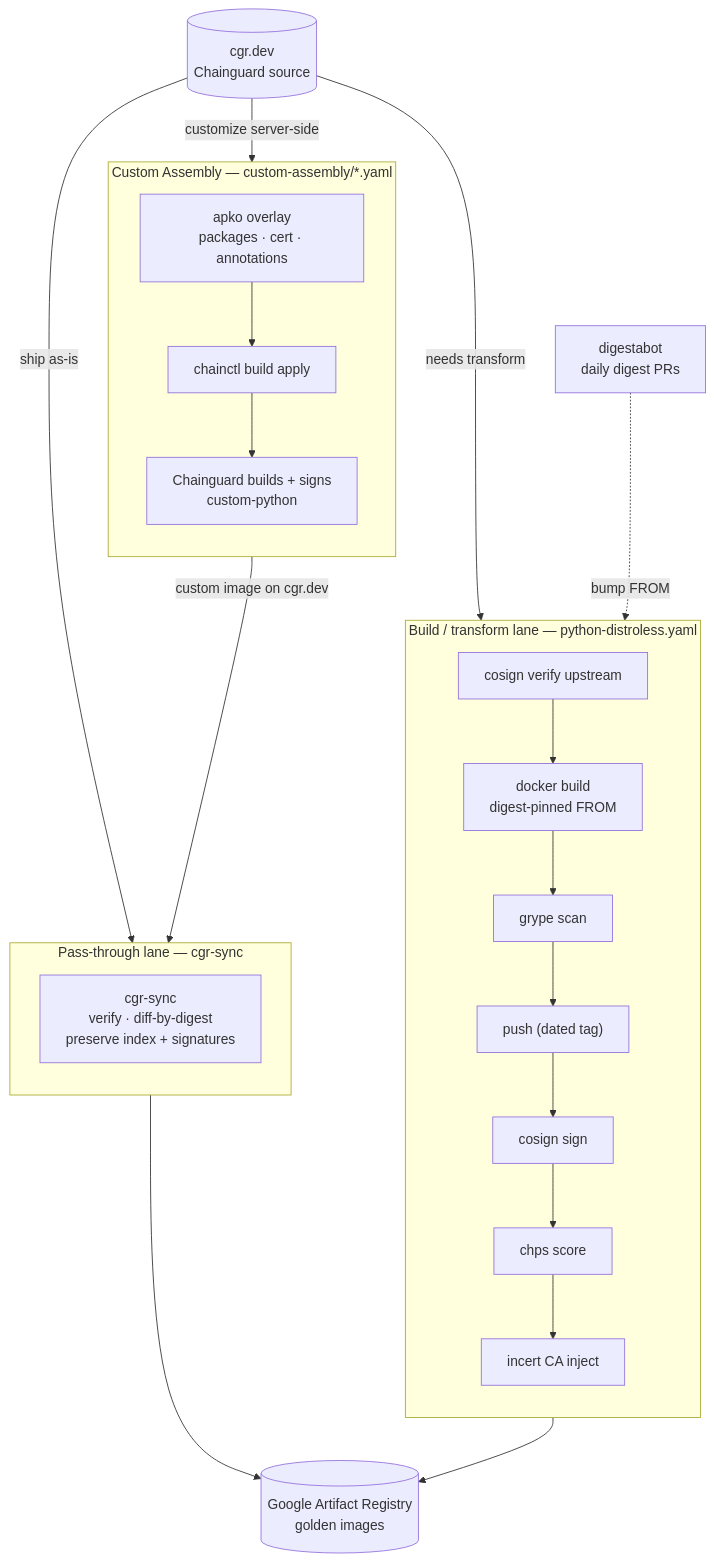
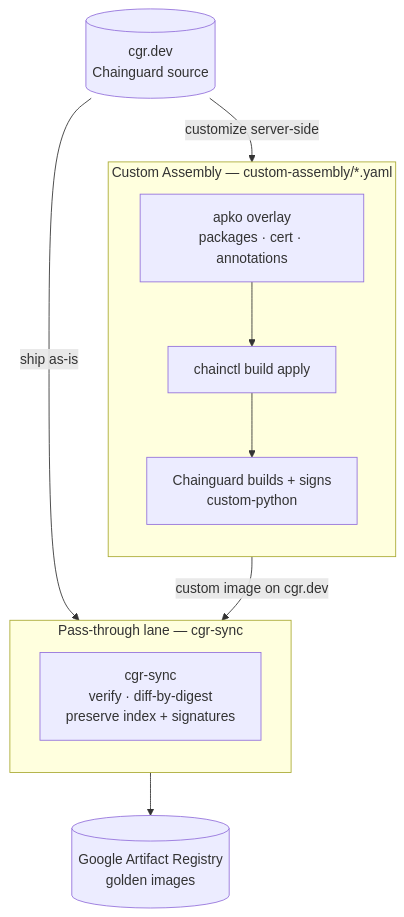
One commit to cartyc/golden-image changed the diagram in README.md. Above: the diagram before and after it, drawn with Mermaid. The commit also changed other lines of this file and 2 other files, not shown here.

First line of the commit message:
Remove the python distroless build pipeline — replaced by Custom Assembly

````diff
--- a/README.md
+++ b/README.md
@@ -17,34 +17,21 @@
 ```mermaid
 flowchart TB
   src[("cgr.dev<br/>Chainguard source")]
   gar[("Google Artifact Registry<br/>golden images")]
-
-  subgraph build["Build / transform lane — python-distroless.yaml"]
-    direction TB
-    v1["cosign verify upstream"] --> bld["docker build<br/>digest-pinned FROM"]
-    bld --> scn["grype scan"]
-    scn --> psh["push (dated tag)"]
-    psh --> sgn["cosign sign"]
-    sgn --> chp["chps score"]
-    chp --> inc["incert CA inject"]
-  end
 
   subgraph ca["Custom Assembly — custom-assembly/*.yaml"]
     direction TB
     cfg["apko overlay<br/>packages · cert · annotations"] --> apply["chainctl build apply"]
     apply --> built["Chainguard builds + signs<br/>custom-python"]
   end
 
   subgraph pass["Pass-through lane — cgr-sync"]
     direction TB
     cs["cgr-sync<br/>verify · diff-by-digest<br/>preserve index + signatures"]
   end
 
-  src -->|"needs transform"| v1
   src -->|"customize server-side"| cfg
   src -->|"ship as-is"| cs
   built -->|"custom image on cgr.dev"| cs
-  inc --> gar
   cs --> gar
-  dab["digestabot<br/>daily digest PRs"] -.->|"bump FROM"| bld
 ```
````
